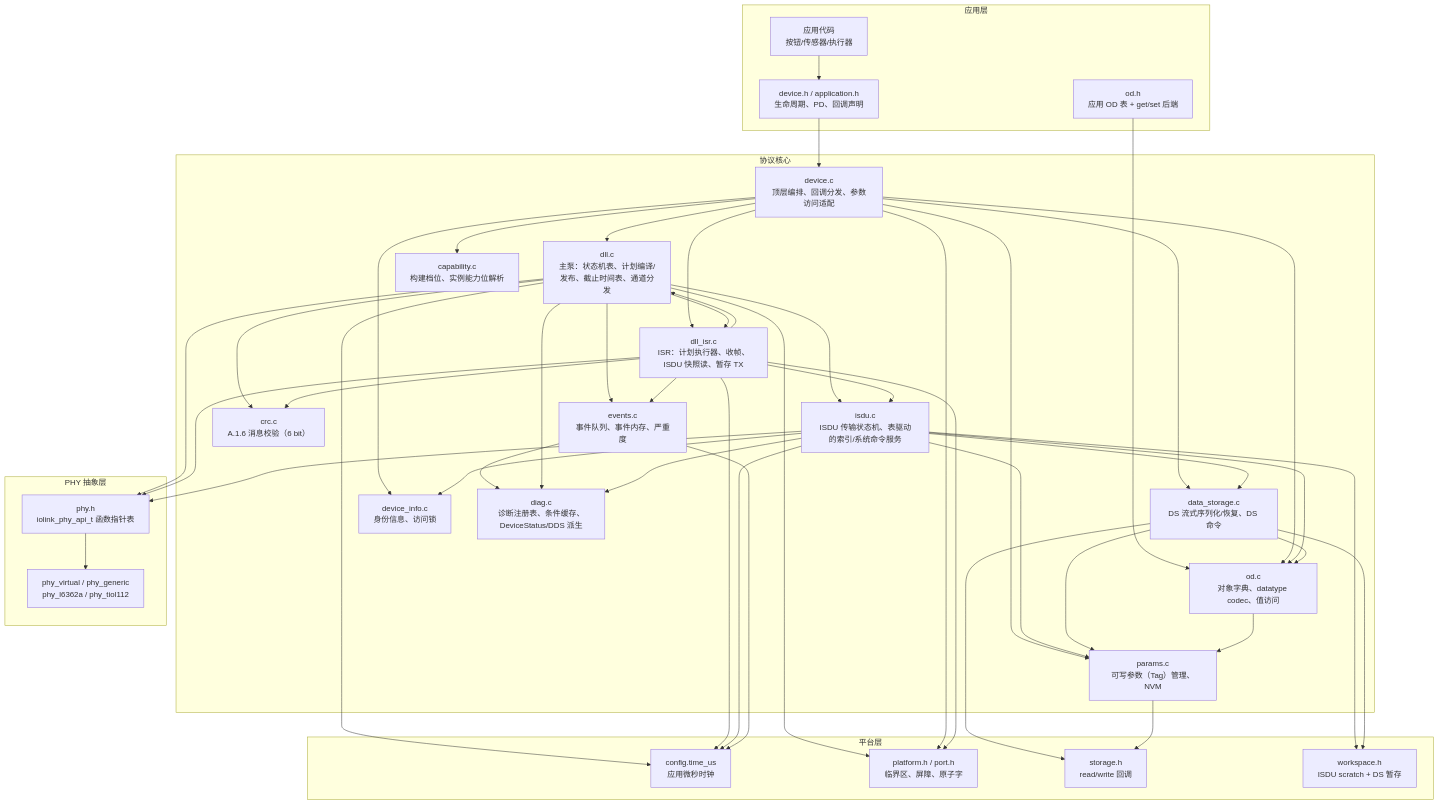
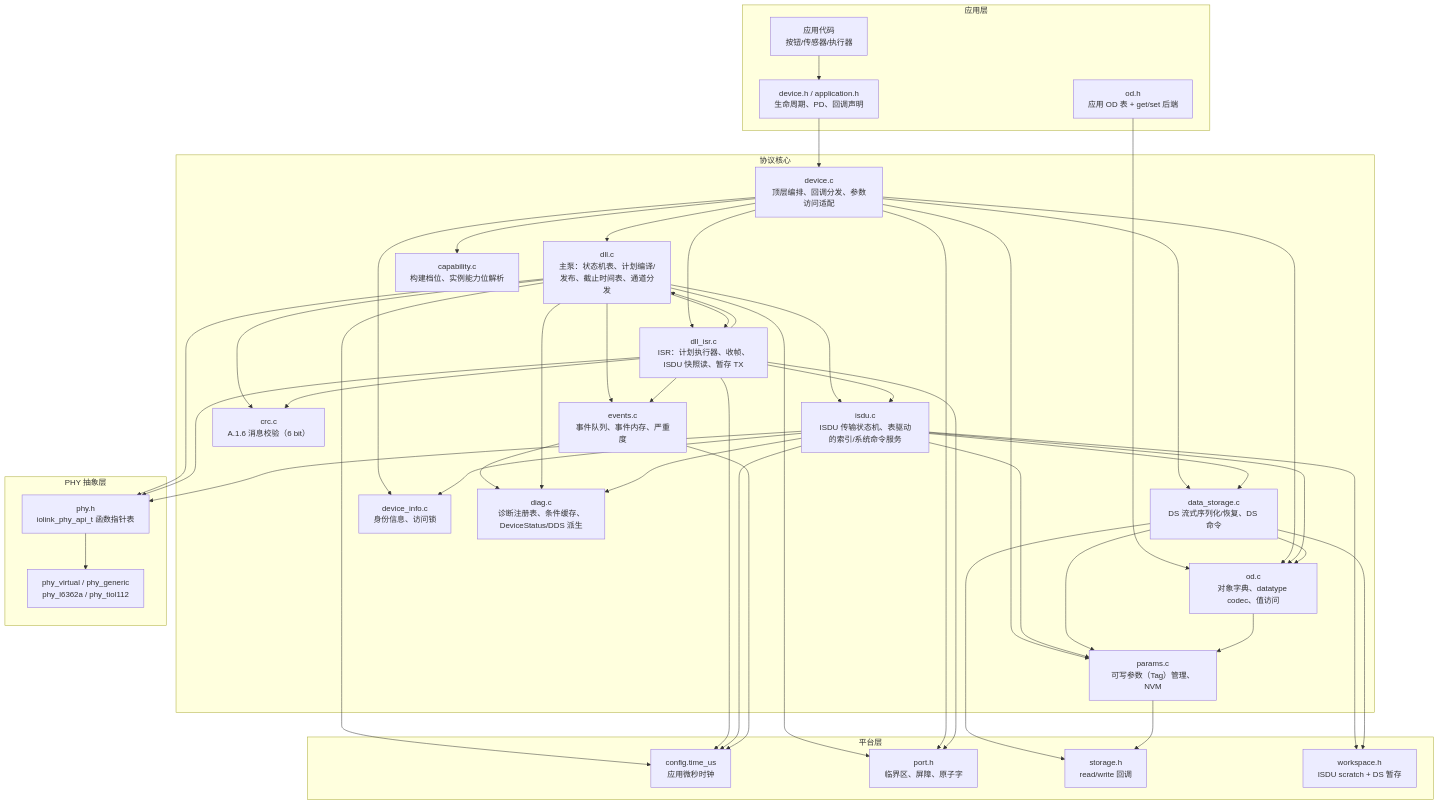
Before and after one commit to Adlyq/iolinki: the first of 16 diagrams in docs/CODE_FLOW.md, drawn with Mermaid. The commit also changed 21 other files, not shown here.

First line of the commit message:
refactor: fold platform.h into port.h and align the policy docs

````diff
--- a/docs/CODE_FLOW.md
+++ b/docs/CODE_FLOW.md
@@ -50,79 +50,79 @@
 ```mermaid
 flowchart TB
     subgraph APP["应用层"]
         A1["应用代码<br/>按钮/传感器/执行器"]
         A2["device.h / application.h<br/>生命周期、PD、回调声明"]
         A3["od.h<br/>应用 OD 表 + get/set 后端"]
     end
 
     subgraph CORE["协议核心"]
         D1["device.c<br/>顶层编排、回调分发、参数访问适配"]
         D2["dll.c<br/>主泵：状态机表、计划编译/发布、截止时间表、通道分发"]
         D2I["dll_isr.c<br/>ISR：计划执行器、收帧、ISDU 快照读、暂存 TX"]
         D3["isdu.c<br/>ISDU 传输状态机、表驱动的索引/系统命令服务"]
         D4["data_storage.c<br/>DS 流式序列化/恢复、DS 命令"]
         D5["params.c<br/>可写参数（Tag）管理、NVM"]
         D6["device_info.c<br/>身份信息、访问锁"]
         D7["events.c<br/>事件队列、事件内存、严重度"]
         D8["diag.c<br/>诊断注册表、条件缓存、DeviceStatus/DDS 派生"]
         D9["od.c<br/>对象字典、datatype codec、值访问"]
         D10["capability.c<br/>构建档位、实例能力位解析"]
         D11["crc.c<br/>A.1.6 消息校验（6 bit）"]
     end
 
     subgraph PHY["PHY 抽象层"]
         P1["phy.h<br/>iolink_phy_api_t 函数指针表"]
         P2["phy_virtual / phy_generic<br/>phy_l6362a / phy_tiol112"]
     end
 
     subgraph PLAT["平台层"]
         T1["config.time_us<br/>应用微秒时钟"]
-        T2["platform.h / port.h<br/>临界区、屏障、原子字"]
+        T2["port.h<br/>临界区、屏障、原子字"]
         S1["storage.h<br/>read/write 回调"]
         W1["workspace.h<br/>ISDU scratch + DS 暂存"]
     end
 
     A1 --> A2
     A2 --> D1
     A3 --> D9
     D1 --> D2
     D1 --> D2I
     D1 --> D9
     D1 --> D10
     D2 --> D2I
     D2I --> D2
     D1 --> D5
     D1 --> D6
     D1 --> D4
     D2 --> D3
     D2I --> D3
     D2 --> D7
     D2I --> D7
     D7 --> D8
     D2 --> D8
     D2 --> D11
     D2I --> D11
     D3 --> D9
     D3 --> D5
     D3 --> D6
     D3 --> D4
     D3 --> D8
     D3 --> W1
     D4 --> D9
     D4 --> D5
     D4 --> S1
     D4 --> W1
     D5 --> S1
     D9 --> D5
     D2 --> P1
     D2I --> P1
     D3 --> P1
     P1 --> P2
     D2 --> T1
     D2I --> T1
     D3 --> T1
     D7 --> T1
     D2 --> T2
     D1 --> T2
     D2I --> T2
 ```
````
